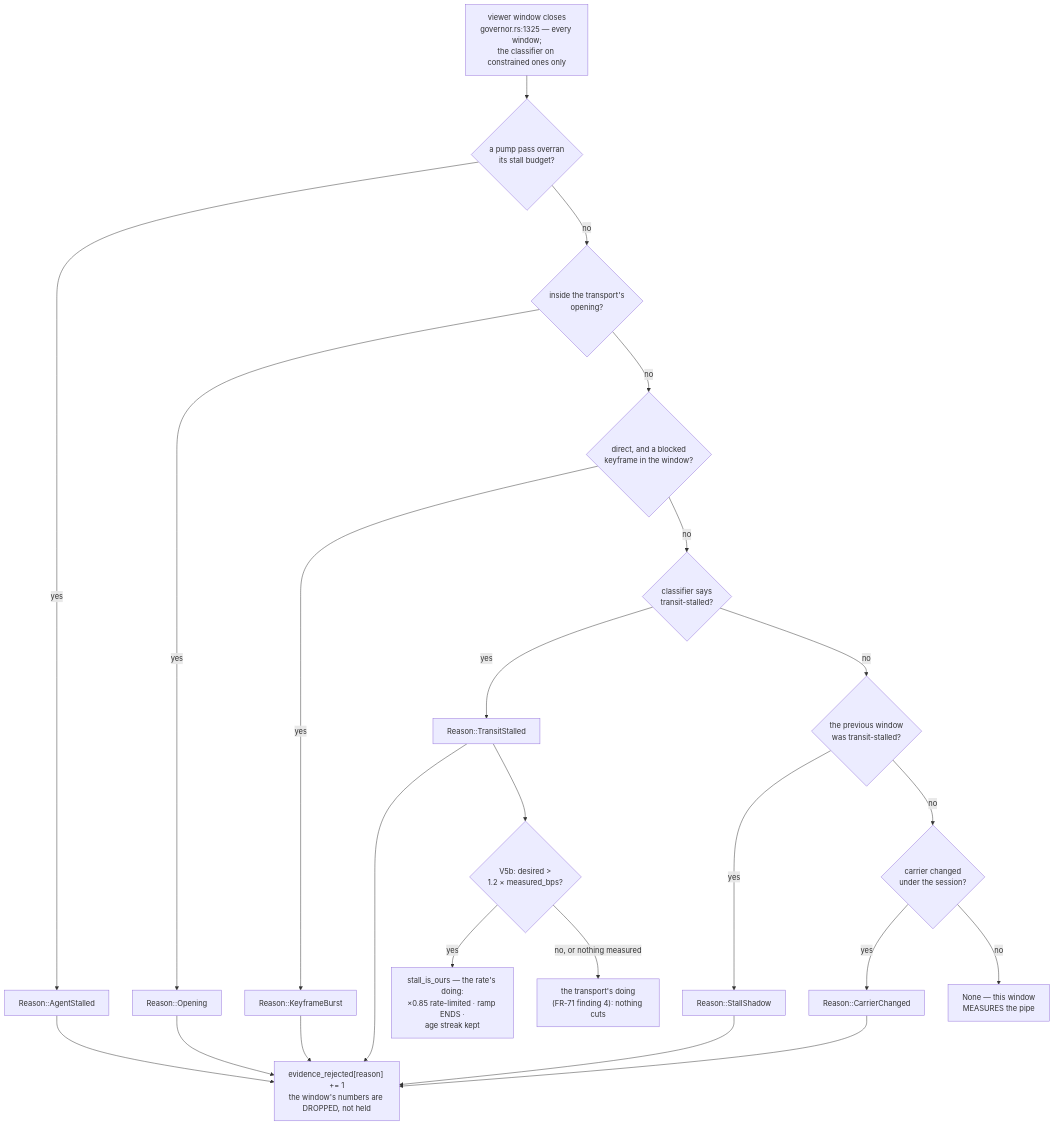
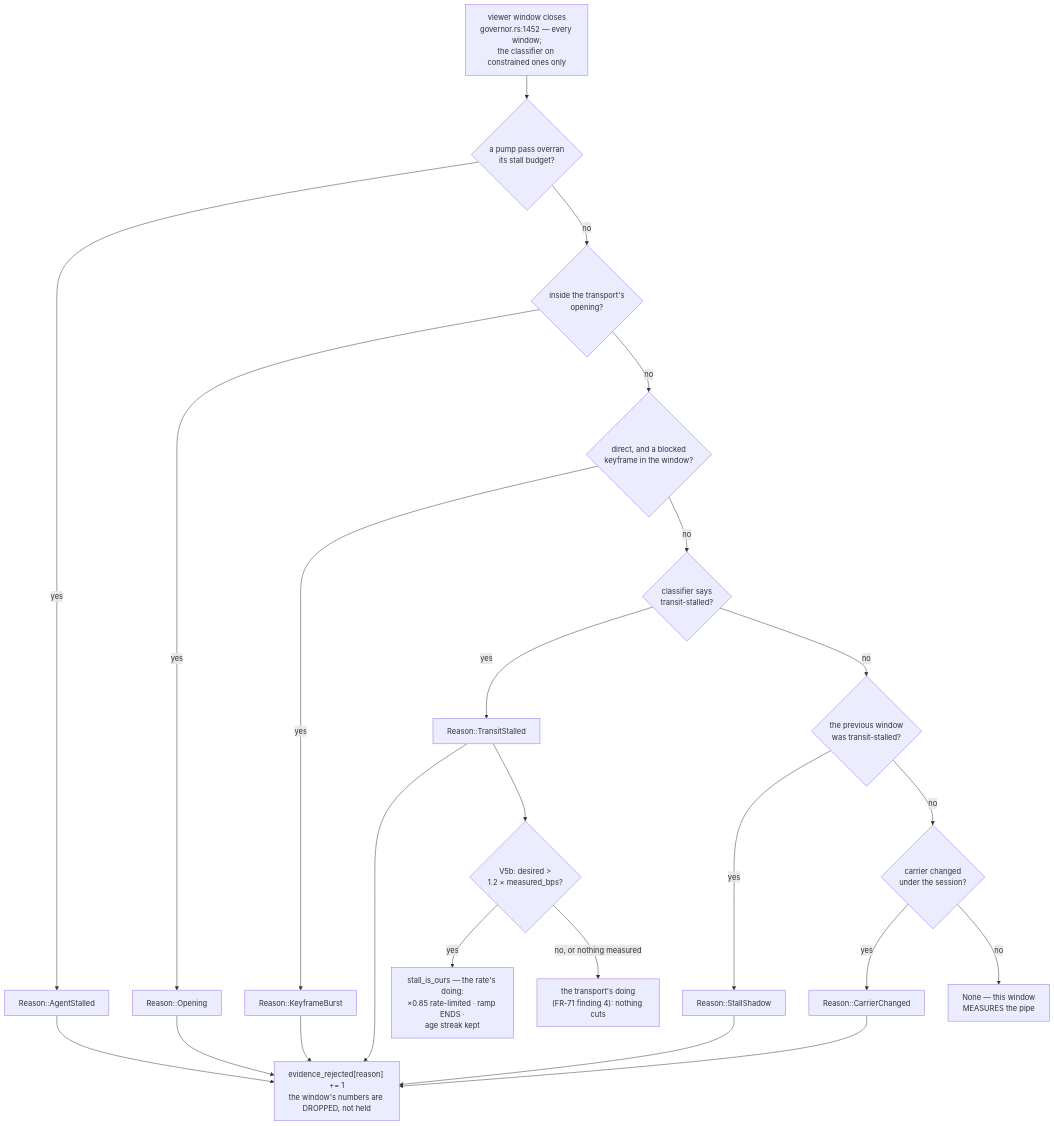
Before and after one commit to gjovanov/roomler-ai: the first of 20 diagrams in docs/rate-control.md, drawn with Mermaid. The commit also changed other lines of this file and 7 other files, not shown here.

````diff
--- a/docs/rate-control.md
+++ b/docs/rate-control.md
@@ -90,20 +90,20 @@
 ```mermaid
 flowchart TB
-    W["viewer window closes<br/>governor.rs:1325 — every window;<br/>the classifier on constrained ones only"] --> A{"a pump pass overran<br/>its stall budget?"}
+    W["viewer window closes<br/>governor.rs:1452 — every window;<br/>the classifier on constrained ones only"] --> A{"a pump pass overran<br/>its stall budget?"}
     A -- yes --> RA["Reason::AgentStalled"]
     A -- no --> O{"inside the transport's<br/>opening?"}
     O -- yes --> RO["Reason::Opening"]
     O -- no --> K{"direct, and a blocked<br/>keyframe in the window?"}
     K -- yes --> RK["Reason::KeyframeBurst"]
     K -- no --> T{"classifier says<br/>transit-stalled?"}
     T -- yes --> RT["Reason::TransitStalled"]
     T -- no --> S{"the previous window<br/>was transit-stalled?"}
     S -- yes --> RS["Reason::StallShadow"]
     S -- no --> C{"carrier changed<br/>under the session?"}
     C -- yes --> RC["Reason::CarrierChanged"]
     C -- no --> OK["None — this window<br/>MEASURES the pipe"]
     RA & RO & RK & RT & RS & RC --> REJ["evidence_rejected[reason] += 1<br/>the window's numbers are DROPPED, not held"]
     RT --> V5{"V5b: desired ><br/>1.2 × measured_bps?"}
     V5 -- yes --> OURS["stall_is_ours — the rate's doing:<br/>×0.85 rate-limited · ramp ENDS ·<br/>age streak kept"]
     V5 -- "no, or nothing measured" --> HOLD["the transport's doing<br/>(FR-71 finding 4): nothing cuts"]
 ```
````
